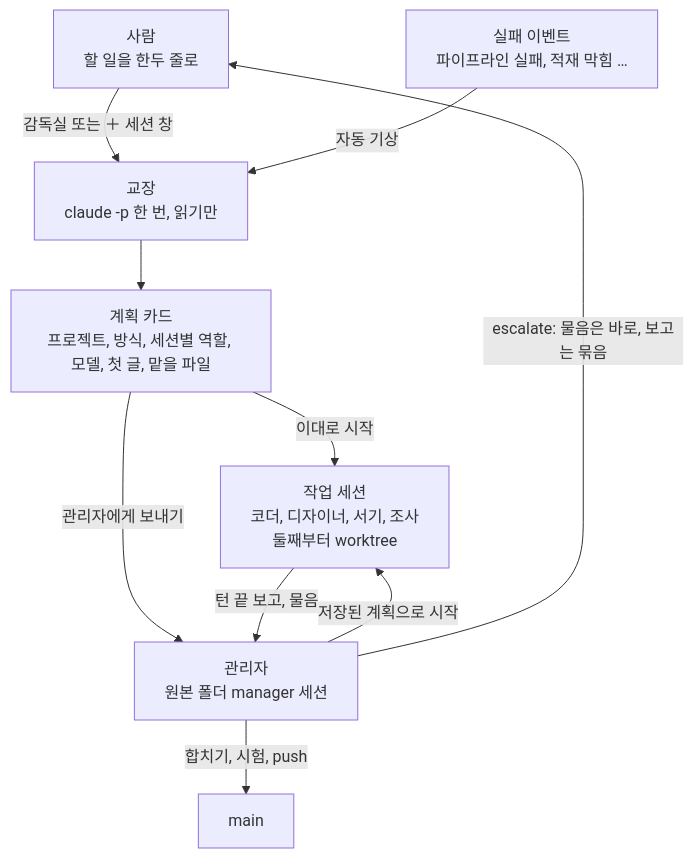
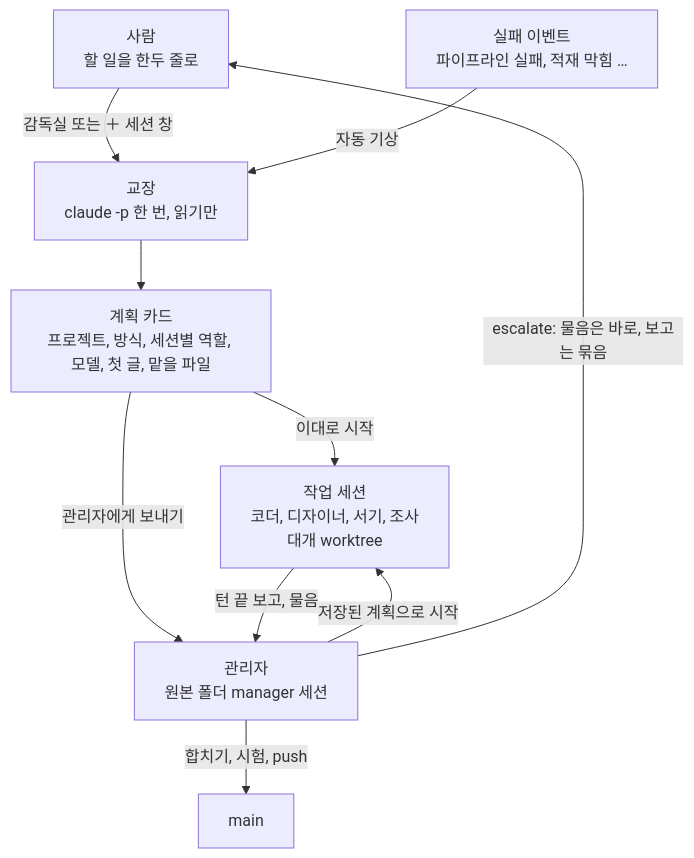
The diagram in notion/09_dispatcher.md (Gabriel-Joo/foreman), drawn with Mermaid before and after one commit. The commit also changed other lines of this file, not shown here.

````diff
--- a/notion/09_dispatcher.md
+++ b/notion/09_dispatcher.md
@@ -81,12 +81,12 @@
 ```mermaid
 flowchart TD
   H["사람<br/>할 일을 한두 줄로"] -->|"감독실 또는 ＋ 세션 창"| K["교장<br/>claude -p 한 번, 읽기만"]
   W["실패 이벤트<br/>파이프라인 실패, 적재 막힘 …"] -->|"자동 기상"| K
   K --> C["계획 카드<br/>프로젝트, 방식, 세션별 역할, 모델, 첫 글, 맡을 파일"]
-  C -->|"이대로 시작"| S["작업 세션<br/>코더, 디자이너, 서기, 조사<br/>둘째부터 worktree"]
+  C -->|"이대로 시작"| S["작업 세션<br/>코더, 디자이너, 서기, 조사<br/>대개 worktree"]
   C -->|"관리자에게 보내기"| M["관리자<br/>원본 폴더 manager 세션"]
   M -->|"저장된 계획으로 시작"| S
   S -->|"턴 끝 보고, 물음"| M
   M -->|"합치기, 시험, push"| R["main"]
   M -->|"escalate: 물음은 바로, 보고는 묶음"| H
 ```
````
